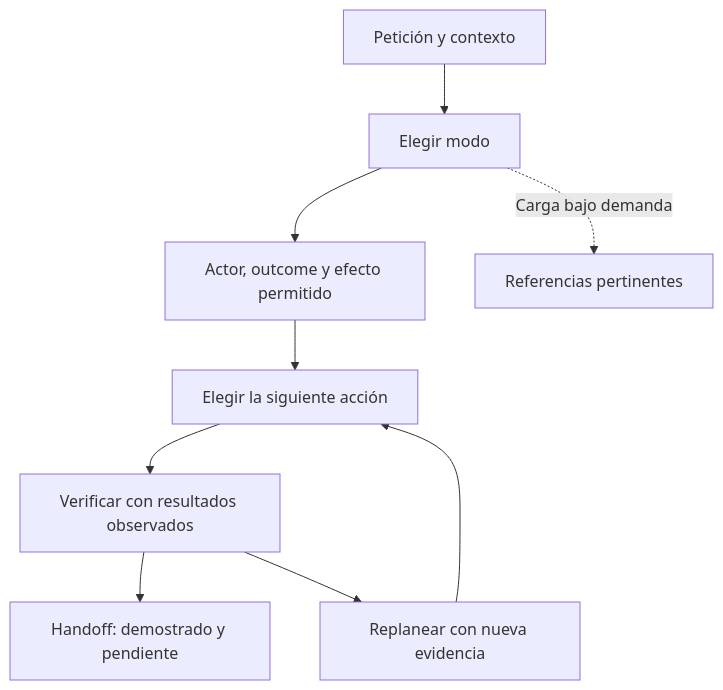
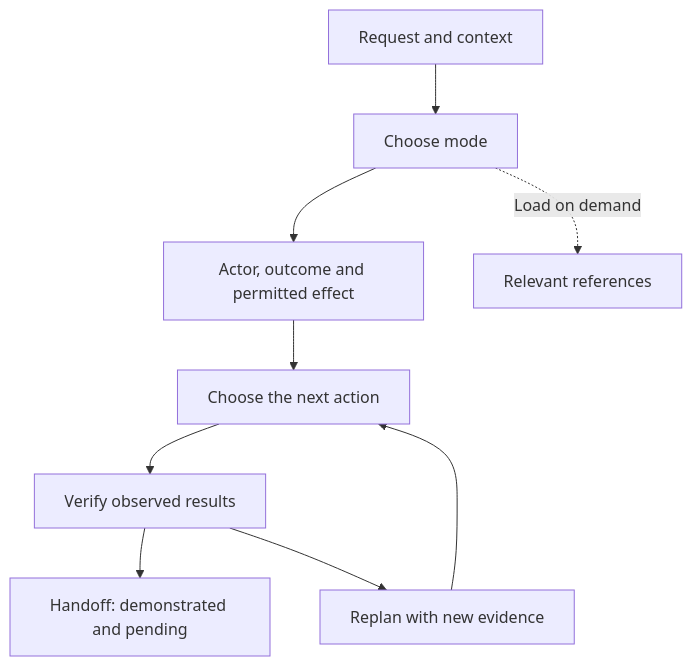
Before and after one commit to KimiK1983/fde-live-case-skill: the diagram in README.md, drawn with Mermaid. The commit also changed other lines of this file and 31 other files, not shown here.

````diff
--- a/README.md
+++ b/README.md
@@ -11,11 +11,11 @@
 ```mermaid
 flowchart TB
-    U[Petición y contexto] --> M[Elegir modo]
-    M --> O[Actor, outcome y efecto permitido]
-    O --> A[Elegir la siguiente acción]
-    A --> V[Verificar con resultados observados]
-    V --> H[Handoff: demostrado y pendiente]
-    V --> R[Replanear con nueva evidencia]
+    U[Request and context] --> M[Choose mode]
+    M --> O[Actor, outcome and permitted effect]
+    O --> A[Choose the next action]
+    A --> V[Verify observed results]
+    V --> H[Handoff: demonstrated and pending]
+    V --> R[Replan with new evidence]
     R --> A
-    M -. Carga bajo demanda .-> REF[Referencias pertinentes]
+    M -. Load on demand .-> REF[Relevant references]
 ```
````
